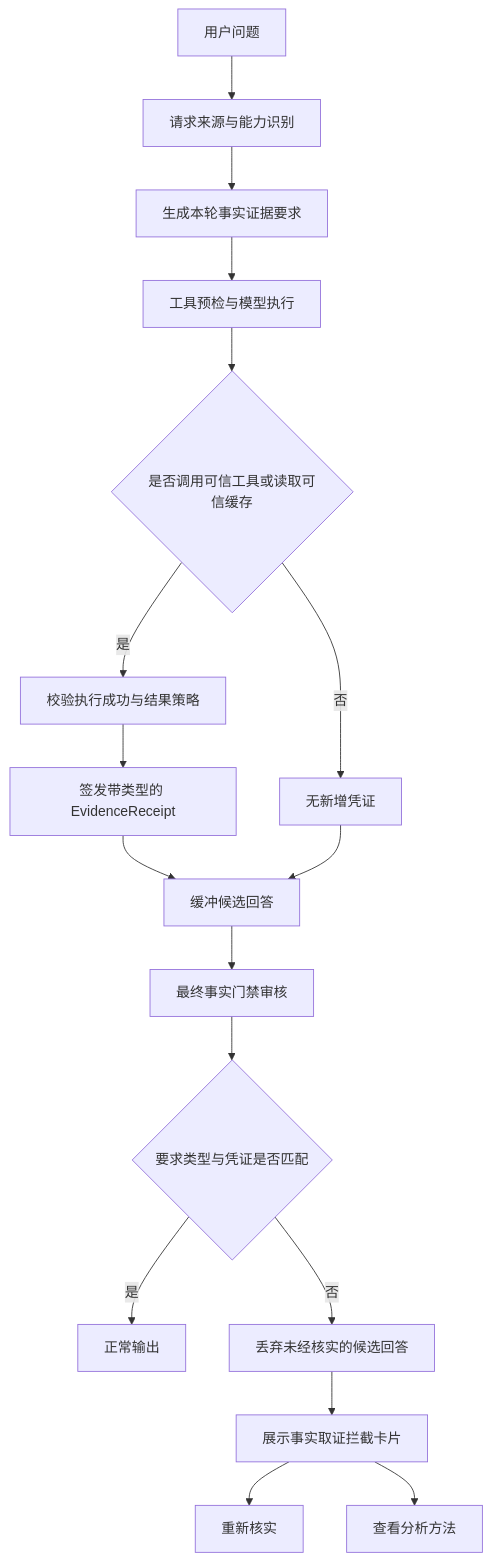
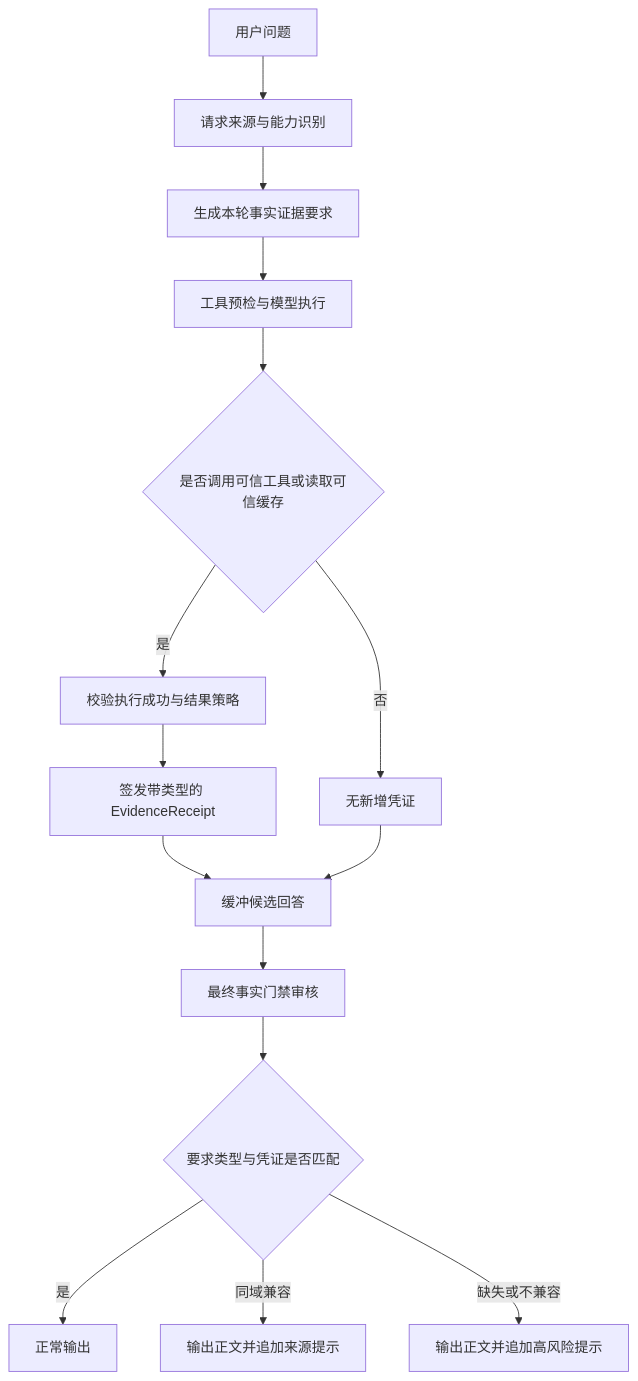
One commit to RandyChen1985/nanzi-ai-agent-platform changed the diagram in docs/platform-grounding-gate.md. Above: the diagram before and after it, drawn with Mermaid. The commit also changed other lines of this file and 11 other files, not shown here.

````diff
--- a/docs/platform-grounding-gate.md
+++ b/docs/platform-grounding-gate.md
@@ -41,19 +41,17 @@
 ```mermaid
 flowchart TD
     A[用户问题] --> B[请求来源与能力识别]
     B --> C[生成本轮事实证据要求]
     C --> D[工具预检与模型执行]
     D --> E{是否调用可信工具或读取可信缓存}
     E -- 是 --> F[校验执行成功与结果策略]
     F --> G[签发带类型的 EvidenceReceipt]
     E -- 否 --> H[无新增凭证]
     G --> I[缓冲候选回答]
     H --> I
     I --> J[最终事实门禁审核]
     J --> K{要求类型与凭证是否匹配}
     K -- 是 --> L[正常输出]
-    K -- 否 --> M[丢弃未经核实的候选回答]
-    M --> N[展示事实取证拦截卡片]
-    N --> O[重新核实]
-    N --> P[查看分析方法]
+    K -- 同域兼容 --> M[输出正文并追加来源提示]
+    K -- 缺失或不兼容 --> N[输出正文并追加高风险提示]
 ```
````
